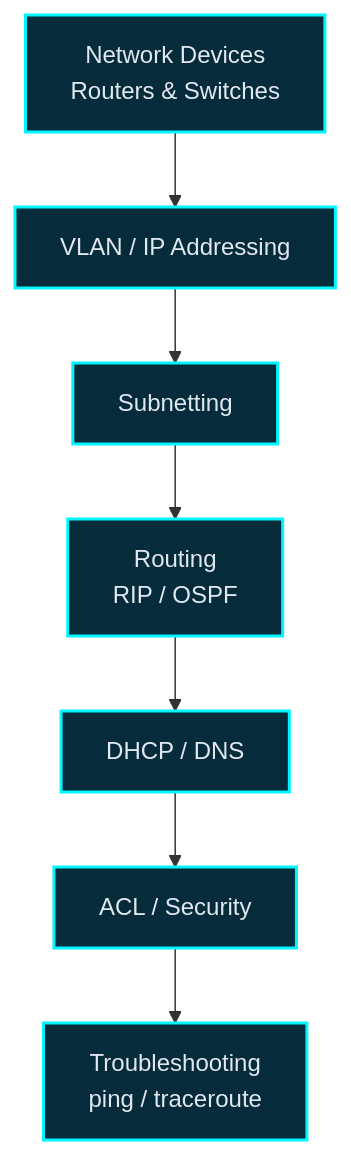
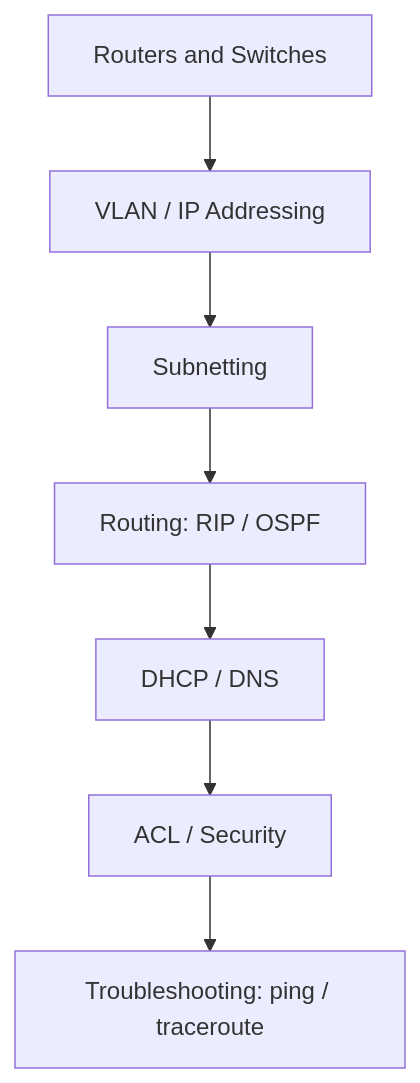
One commit to 03-sakshi/03-sakshi changed the seventh of 9 diagrams in README.md. Above: the diagram before and after it, drawn with Mermaid. The commit also changed other lines of this file, not shown here.

````diff
--- a/README.md
+++ b/README.md
@@ -372,11 +162,9 @@
 ```mermaid
 flowchart TD
-    A["Network Devices<br/>Routers &amp; Switches"] --> B["VLAN / IP Addressing"]
+    A["Routers and Switches"] --> B["VLAN / IP Addressing"]
     B --> C["Subnetting"]
-    C --> D["Routing<br/>RIP / OSPF"]
+    C --> D["Routing: RIP / OSPF"]
     D --> E["DHCP / DNS"]
     E --> F["ACL / Security"]
-    F --> G["Troubleshooting<br/>ping / traceroute"]
-    classDef n fill:#062b3a,stroke:#00f5ff,stroke-width:2px,color:#e2e8f0;
-    class A,B,C,D,E,F,G n;
+    F --> G["Troubleshooting: ping / traceroute"]
 ```
````
